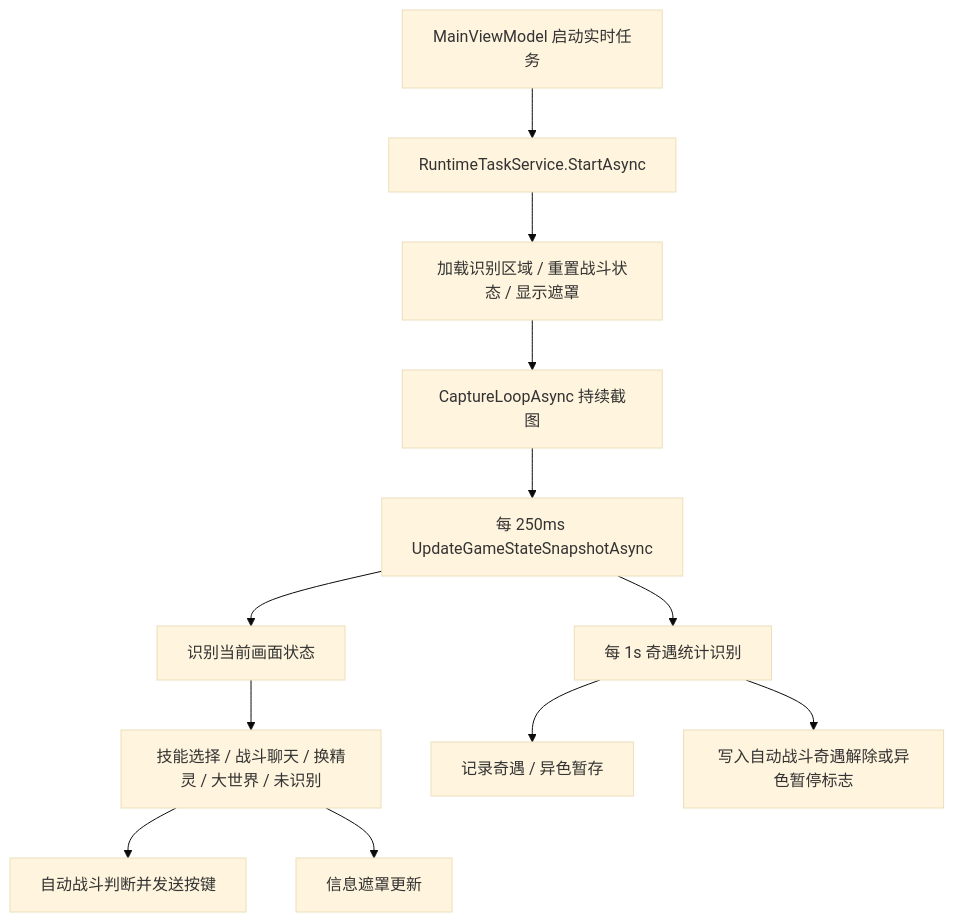
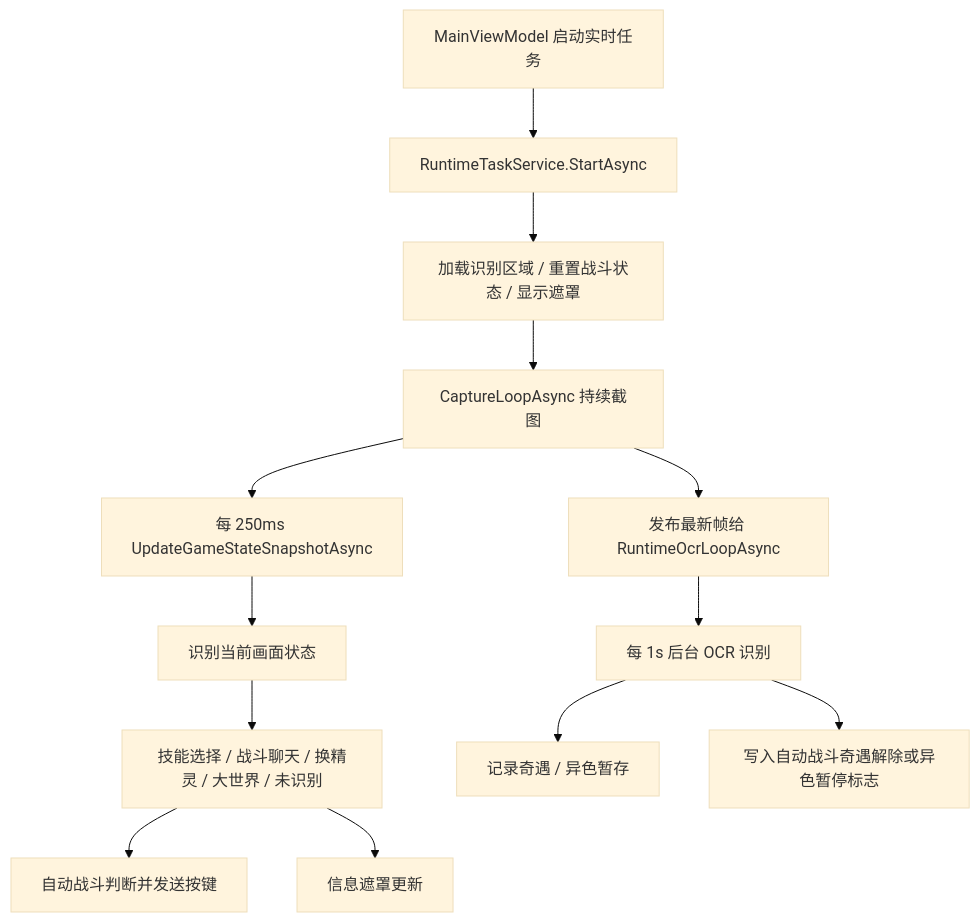
The diagram in docs/auto-battle-logic.md (FelixHenrikChristian/RocoPilot), drawn with Mermaid (base theme) before and after one commit. The commit also changed other lines of this file and 2 other files, not shown here.

First line of the commit message:
perf: 拆分自动战斗 OCR 调度

````diff
--- a/docs/auto-battle-logic.md
+++ b/docs/auto-battle-logic.md
@@ -18,14 +18,15 @@
 ```mermaid
 flowchart TD
     A["MainViewModel 启动实时任务"] --> B["RuntimeTaskService.StartAsync"]
     B --> C["加载识别区域 / 重置战斗状态 / 显示遮罩"]
     C --> D["CaptureLoopAsync 持续截图"]
     D --> E["每 250ms UpdateGameStateSnapshotAsync"]
+    D --> M["发布最新帧给 RuntimeOcrLoopAsync"]
     E --> F["识别当前画面状态"]
     F --> G["技能选择 / 战斗聊天 / 换精灵 / 大世界 / 未识别"]
     G --> H["自动战斗判断并发送按键"]
     G --> I["信息遮罩更新"]
-    E --> J["每 1s 奇遇统计识别"]
+    M --> J["每 1s 后台 OCR 识别"]
     J --> K["记录奇遇 / 异色暂存"]
     J --> L["写入自动战斗奇遇解除或异色暂停标志"]
 ```
````
